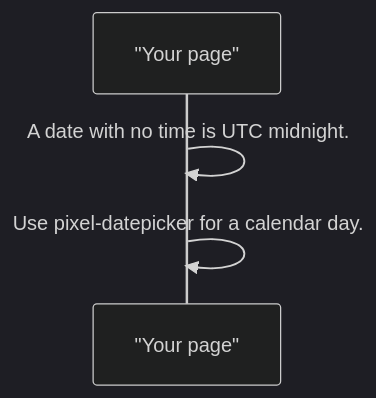
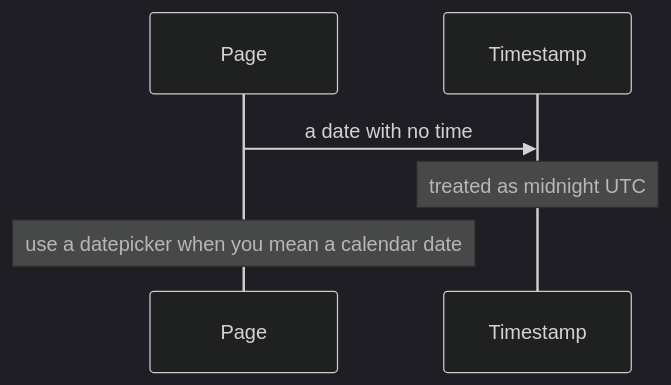
Before and after one commit to RajshekharBorate/pixel-ui: the third of 3 diagrams in projects/pixel-ui/src/lib/pixel-timestamp/DESIGN.md, drawn with Mermaid (dark theme). The commit also changed other lines of this file and 73 other files, not shown here.

Commit message:
Explain who owns each value and what each flow does in every component and service design.

````diff
--- a/projects/pixel-ui/src/lib/pixel-timestamp/DESIGN.md
+++ b/projects/pixel-ui/src/lib/pixel-timestamp/DESIGN.md
@@ -57,6 +69,8 @@
 ```mermaid
 sequenceDiagram
-  participant page as "Your page"
-  page->>page: A date with no time is UTC midnight.
-  page->>page: Use pixel-datepicker for a calendar day.
+  participant Page
+  participant Stamp as Timestamp
+  Page->>Stamp: a date with no time
+  Note over Stamp: treated as midnight UTC
+  Note over Page: use a datepicker when you mean a calendar date
 ```
````
